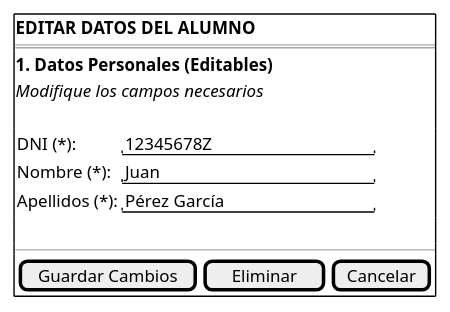
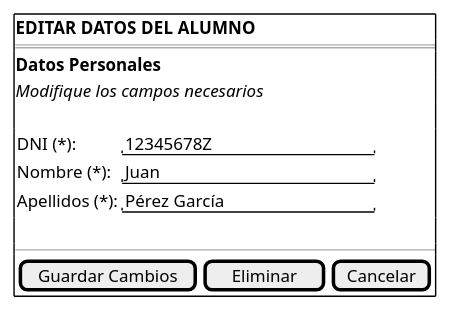
One commit to martinlopez7/25-26-IdSw1-SdR changed the diagram in documents/casos-de-uso/prototipadoCasosDeUso/editarAlumno/editarAlumno.puml. Above: the diagram before and after it, drawn with PlantUML. The commit also changed 65 other files, not shown here.

```diff
--- a/documents/casos-de-uso/prototipadoCasosDeUso/editarAlumno/editarAlumno.puml
+++ b/documents/casos-de-uso/prototipadoCasosDeUso/editarAlumno/editarAlumno.puml
@@ -1,17 +1,17 @@
 @startsalt editarAlumno_CORREGIDO
 {+
     <b>EDITAR DATOS DEL ALUMNO</b>
     ===
-    <b>1. Datos Personales (Editables)</b>
+    <b>Datos Personales</b>
     <i>Modifique los campos necesarios</i>
     .
     {
         DNI (*):       | "12345678Z             "
         Nombre (*):    | "Juan                  "
         Apellidos (*): | "Pérez García          "
     }
     .
     --
     { [Guardar Cambios] | [ Eliminar ] | [Cancelar] }
 }
 @endsalt
```
